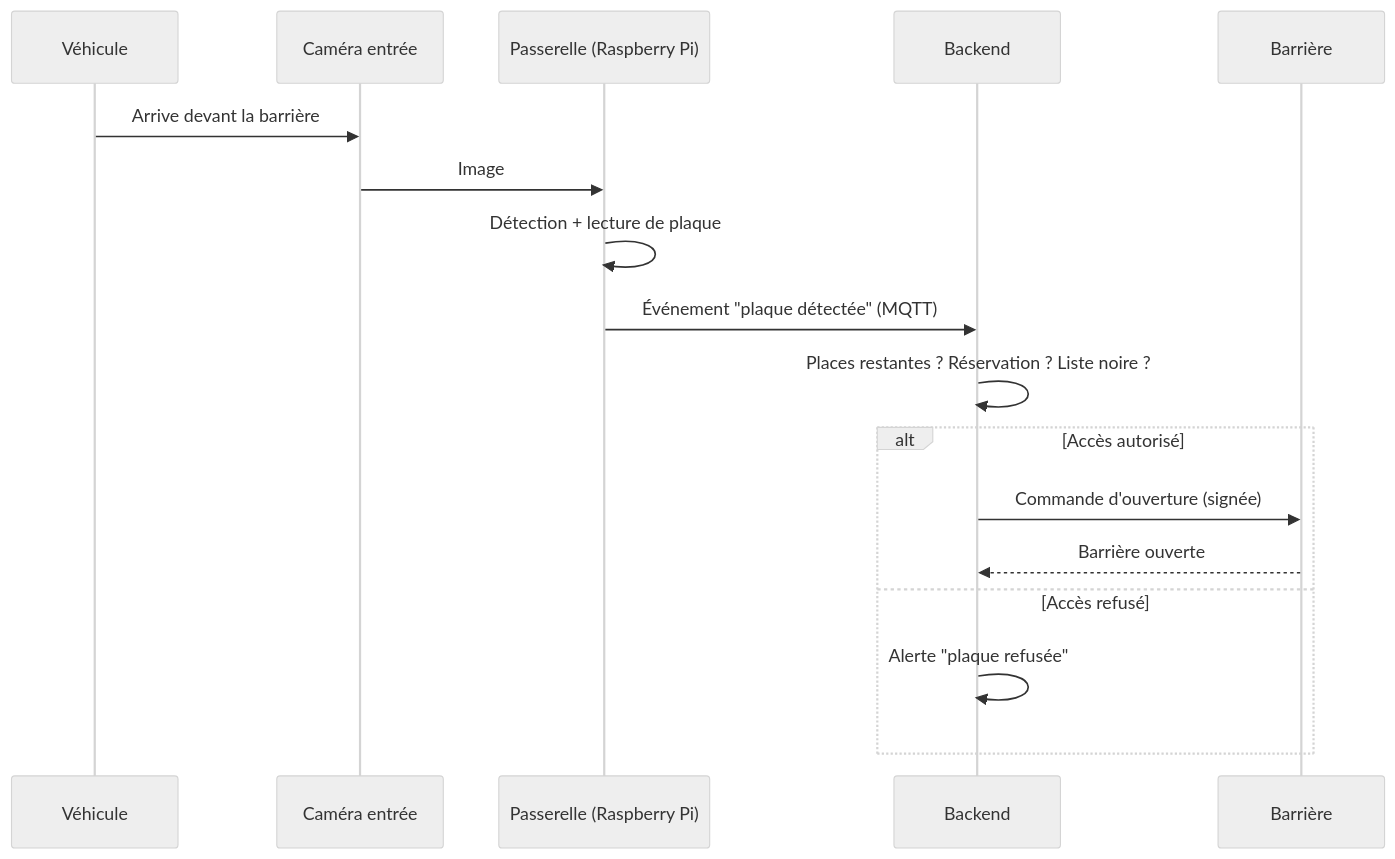
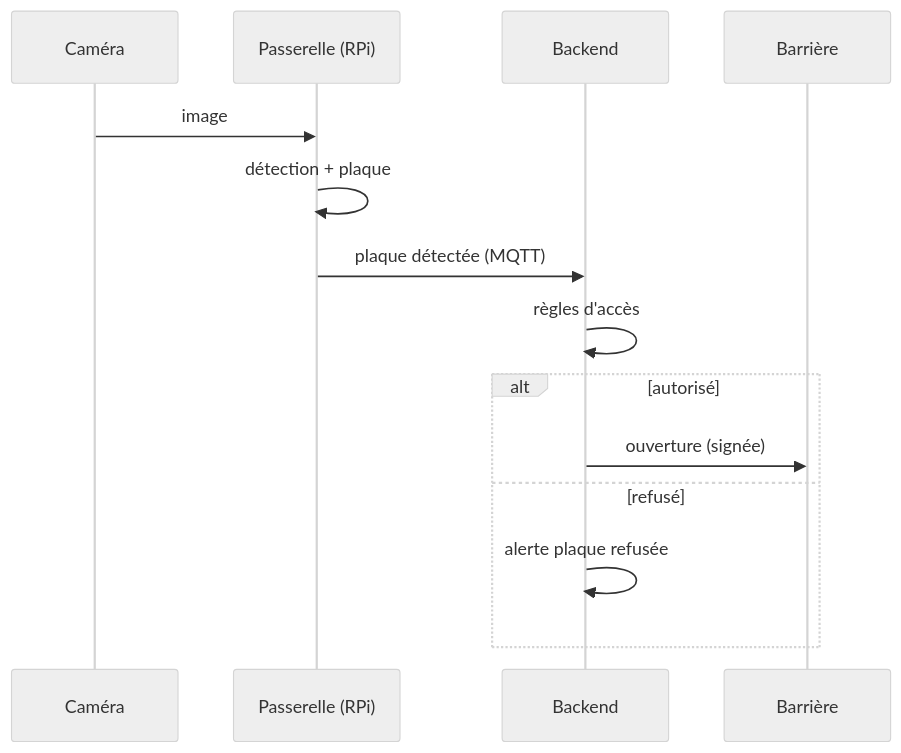
One commit to amirabbes/COT_Mawqif changed the diagram in README.md. Above: the diagram before and after it, drawn with Mermaid (neutral theme). The commit also changed other lines of this file, not shown here.

````diff
--- a/README.md
+++ b/README.md
@@ -75,20 +39,16 @@
 ```mermaid
 sequenceDiagram
-    participant V as Véhicule
-    participant C as Caméra entrée
-    participant G as Passerelle (Raspberry Pi)
+    participant C as Caméra
+    participant G as Passerelle (RPi)
     participant B as Backend
     participant BA as Barrière
-
-    V->>C: Arrive devant la barrière
-    C->>G: Image
-    G->>G: Détection + lecture de plaque
-    G->>B: Événement "plaque détectée" (MQTT)
-    B->>B: Places restantes ? Réservation ? Liste noire ?
-    alt Accès autorisé
-        B->>BA: Commande d'ouverture (signée)
-        BA-->>B: Barrière ouverte
-    else Accès refusé
-        B->>B: Alerte "plaque refusée"
+    C->>G: image
+    G->>G: détection + plaque
+    G->>B: plaque détectée (MQTT)
+    B->>B: règles d'accès
+    alt autorisé
+        B->>BA: ouverture (signée)
+    else refusé
+        B->>B: alerte plaque refusée
     end
 ```
````
